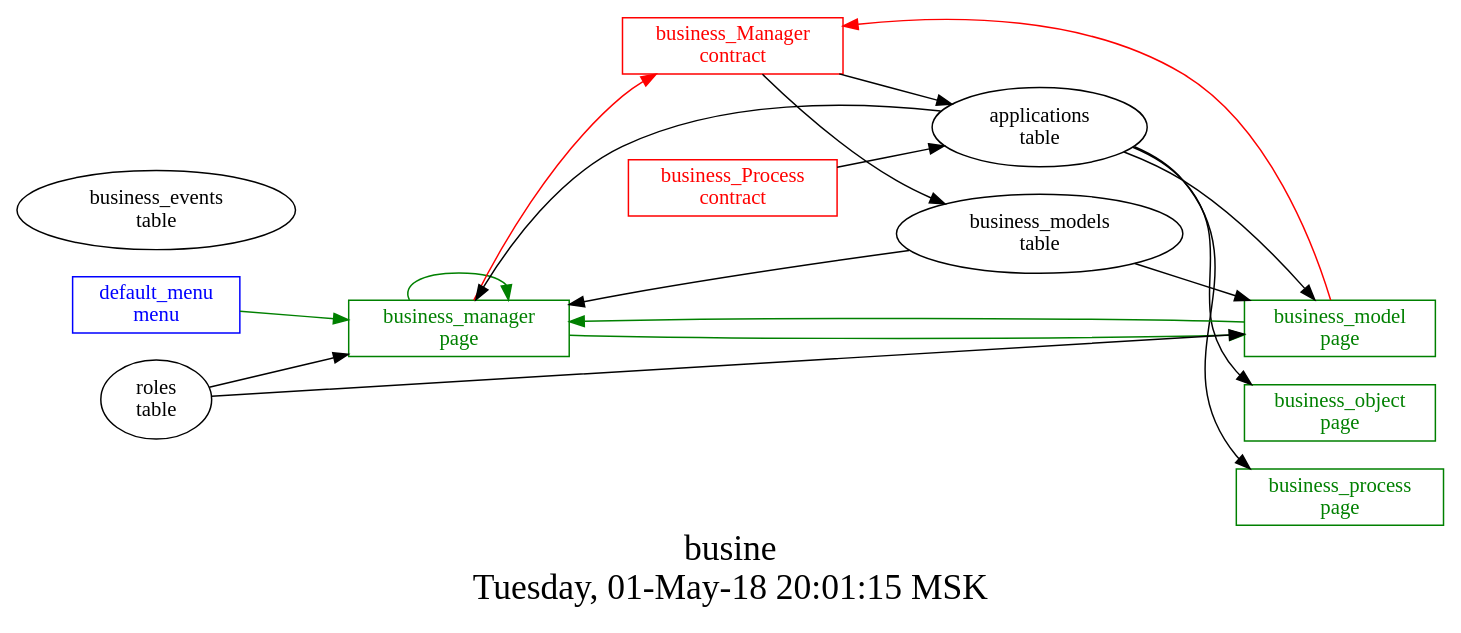
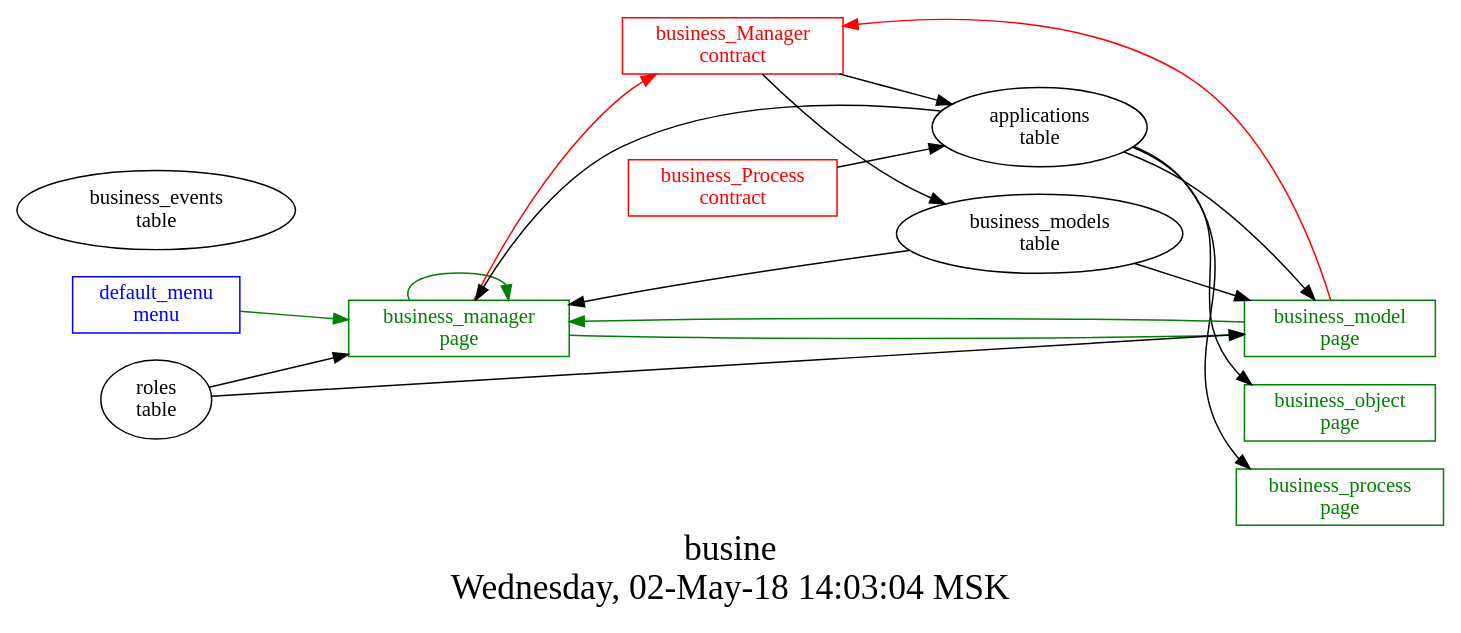
The diagram in src/business/struct.dot (AplaProject/apps), drawn with Graphviz before and after one commit. The commit also changed 7 other files, not shown here.

```diff
--- a/src/business/struct.dot
+++ b/src/business/struct.dot
@@ -1,36 +1,36 @@
 digraph G {
 graph [
   fontsize="24";
-  label="busine\nTuesday, 01-May-18 20:01:15 MSK";
+  label="busine\nWednesday, 02-May-18 14:03:04 MSK";
   nojustify=true;
   ordering=out;
   rankdir=LR;
   size="30";
 ];
 "default_menu\nmenu" -> "business_manager\npage"  [ color=green ]
 "default_menu\nmenu" [color=blue, fontcolor=blue, group=menus, shape=record];
 "business_manager\npage" -> "business_Manager\ncontract"  [ color=red ]
 "applications\ntable" -> "business_manager\npage"  [ color="" ]
 "roles\ntable" -> "business_manager\npage"  [ color="" ]
 "business_models\ntable" -> "business_manager\npage"  [ color="" ]
 "business_manager\npage" -> "business_model\npage"  [ color=green ]
 "business_manager\npage" -> "business_manager\npage"  [ color=green ]
 "business_manager\npage" [color=green, fontcolor=green, group=pages, shape=record];
 "business_model\npage" -> "business_Manager\ncontract"  [ color=red ]
 "applications\ntable" -> "business_model\npage"  [ color="" ]
 "roles\ntable" -> "business_model\npage"  [ color="" ]
 "business_models\ntable" -> "business_model\npage"  [ color="" ]
 "business_model\npage" -> "business_manager\npage"  [ color=green ]
 "business_model\npage" [color=green, fontcolor=green, group=pages, shape=record];
 "applications\ntable" -> "business_object\npage"  [ color="" ]
 "business_object\npage" [color=green, fontcolor=green, group=pages, shape=record];
 "applications\ntable" -> "business_process\npage"  [ color="" ]
 "business_process\npage" [color=green, fontcolor=green, group=pages, shape=record];
 "business_Manager\ncontract" -> "applications\ntable"  [ color="" ]
 "business_Manager\ncontract" -> "business_models\ntable"  [ color="" ]
 "business_Manager\ncontract" [color=red, fontcolor=red, group=contracts, shape=record];
 "business_Process\ncontract" -> "applications\ntable"  [ color="" ]
 "business_Process\ncontract" [color=red, fontcolor=red, group=contracts, shape=record];
 "business_events\ntable" [color="", fontcolor="", group=tables, shape=""];
 "business_models\ntable" [color="", fontcolor="", group=tables, shape=""];
 }
```
